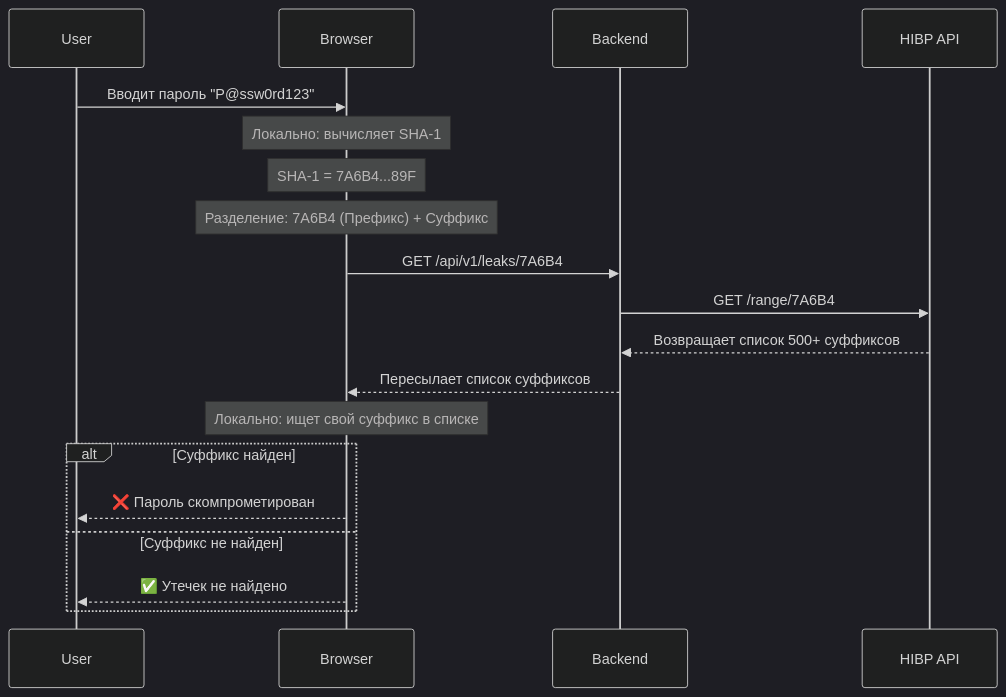
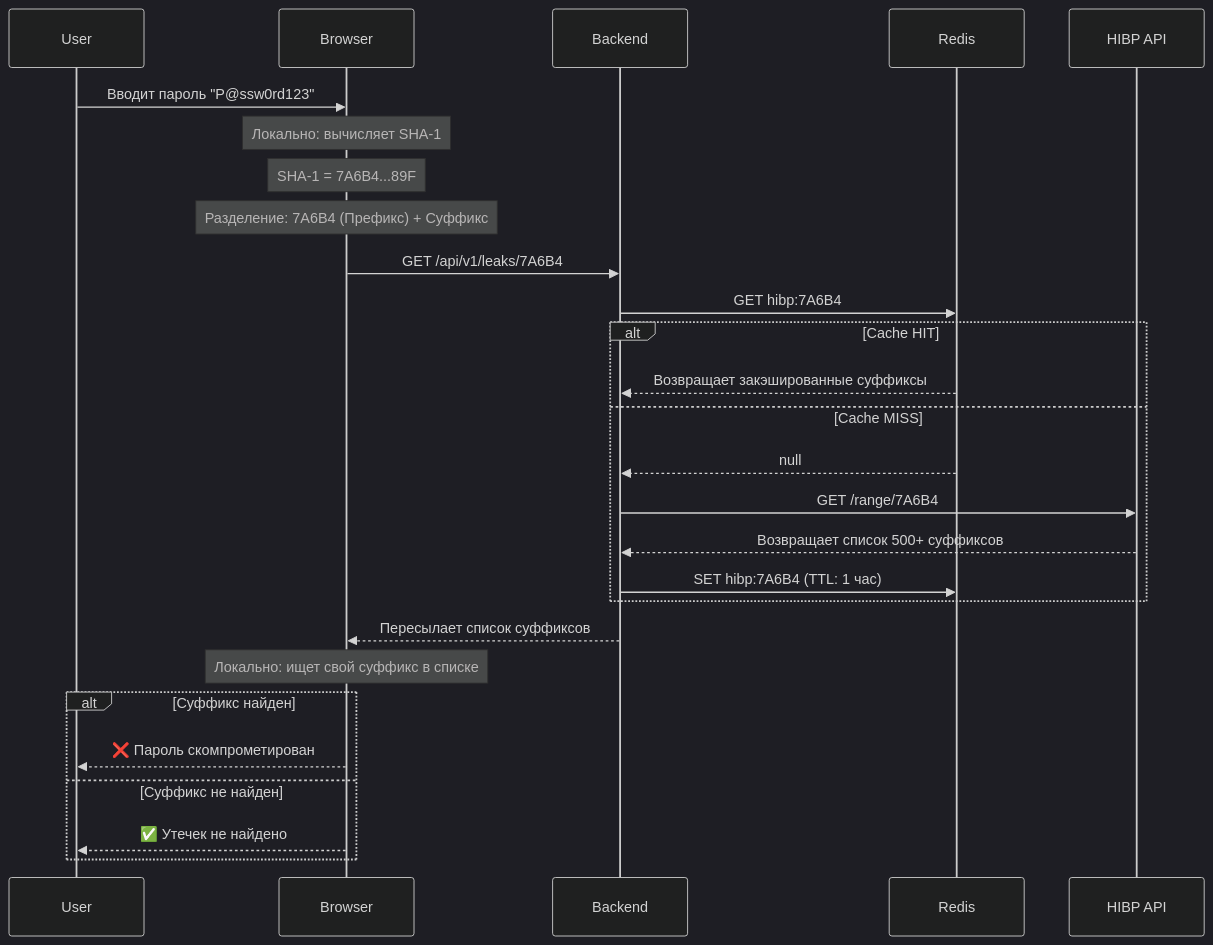
The second of 2 diagrams in ARCHITECTURE.md (kraaack1337/PassCheck), drawn with Mermaid (dark theme) before and after one commit. The commit also changed other lines of this file and 1 other file, not shown here.

````diff
--- a/ARCHITECTURE.md
+++ b/ARCHITECTURE.md
@@ -52,22 +58,30 @@
 ```mermaid
 sequenceDiagram
     participant User
     participant Browser
     participant Backend
+    participant Redis
     participant HIBP API
     
     User->>Browser: Вводит пароль "P@ssw0rd123"
     note over Browser: Локально: вычисляет SHA-1
     note over Browser: SHA-1 = 7A6B4...89F
     note over Browser: Разделение: 7A6B4 (Префикс) + Суффикс
     Browser->>Backend: GET /api/v1/leaks/7A6B4
-    Backend->>HIBP API: GET /range/7A6B4
-    HIBP API-->>Backend: Возвращает список 500+ суффиксов
+    Backend->>Redis: GET hibp:7A6B4
+    alt Cache HIT
+        Redis-->>Backend: Возвращает закэшированные суффиксы
+    else Cache MISS
+        Redis-->>Backend: null
+        Backend->>HIBP API: GET /range/7A6B4
+        HIBP API-->>Backend: Возвращает список 500+ суффиксов
+        Backend->>Redis: SET hibp:7A6B4 (TTL: 1 час)
+    end
     Backend-->>Browser: Пересылает список суффиксов
     note over Browser: Локально: ищет свой суффикс в списке
     alt Суффикс найден
         Browser-->>User: ❌ Пароль скомпрометирован
     else Суффикс не найден
         Browser-->>User: ✅ Утечек не найдено
     end
 ```
````
